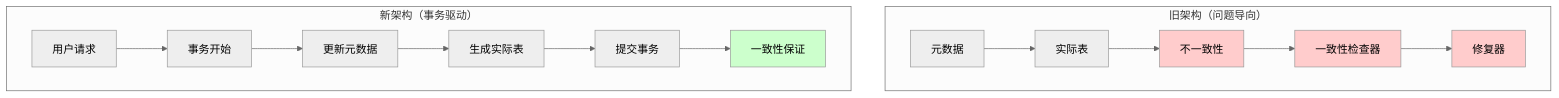
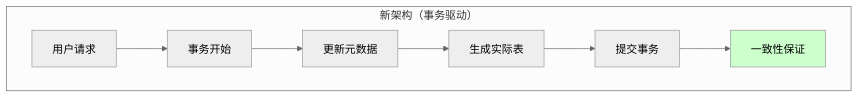
The fifth of 10 diagrams in docs/solution-architecture.md (bobo522487/fastbuild), drawn with Mermaid (neutral theme) before and after one commit. The commit also changed other lines of this file and 201 other files, not shown here.

````diff
--- a/docs/solution-architecture.md
+++ b/docs/solution-architecture.md
@@ -1245,21 +339,11 @@
 ```mermaid
 graph TD
-    subgraph "旧架构（问题导向）"
-        A[元数据] --> B[实际表]
-        B --> C[不一致性]
-        C --> D[一致性检查器]
-        D --> E[修复器]
-        style C fill:#ffcccc
-        style D fill:#ffcccc
-        style E fill:#ffcccc
-    end
-
     subgraph "新架构（事务驱动）"
         F[用户请求] --> G[事务开始]
         G --> H[更新元数据]
         H --> I[生成实际表]
         I --> J[提交事务]
         J --> K[一致性保证]
         style K fill:#ccffcc
     end
 ```
````
